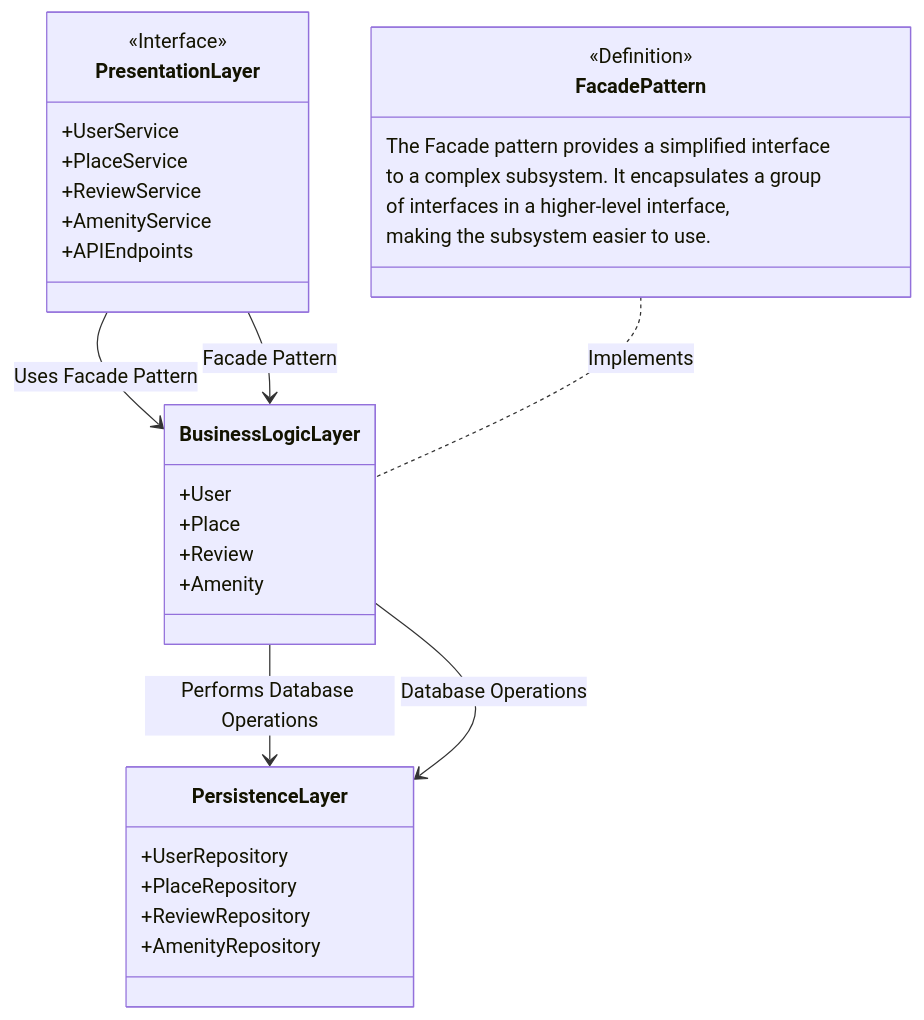
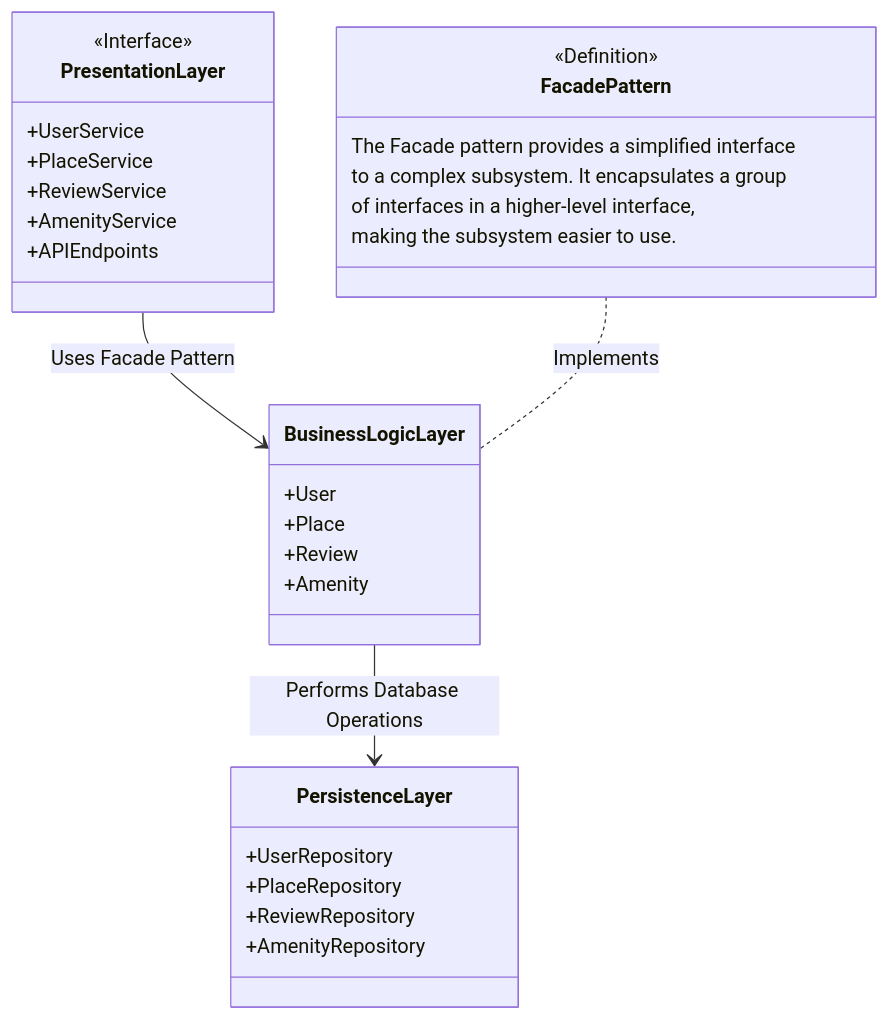
Before and after one commit to Arinhakeo/HBnB-Evolution: the first of 4 diagrams in HBnB-UML/Technical Document/3-Documentation_Compilation.md, drawn with Mermaid. The commit also changed other lines of this file, not shown here.

````diff
--- a/HBnB-UML/Technical Document/3-Documentation_Compilation.md
+++ b/HBnB-UML/Technical Document/3-Documentation_Compilation.md
@@ -17,37 +13,33 @@
 ```mermaid
 classDiagram
     class PresentationLayer {
         <<Interface>>
         +UserService
         +PlaceService
         +ReviewService
         +AmenityService
         +APIEndpoints
     }
     class BusinessLogicLayer {
         +User
         +Place
         +Review
         +Amenity
     }
     class PersistenceLayer {
         +UserRepository
         +PlaceRepository
         +ReviewRepository
         +AmenityRepository
     }
     class FacadePattern {
         <<Definition>>
         The Facade pattern provides a simplified interface
         to a complex subsystem. It encapsulates a group
         of interfaces in a higher-level interface,
         making the subsystem easier to use.
     }
     PresentationLayer --> BusinessLogicLayer : Uses Facade Pattern
     BusinessLogicLayer --> PersistenceLayer : Performs Database Operations
     FacadePattern .. BusinessLogicLayer : Implements
-    %% note right of PresentationLayer : The facade pattern simplifies access to business services.
-
-PresentationLayer --> BusinessLogicLayer : Facade Pattern
-BusinessLogicLayer --> PersistenceLayer : Database Operations
 ```
````
